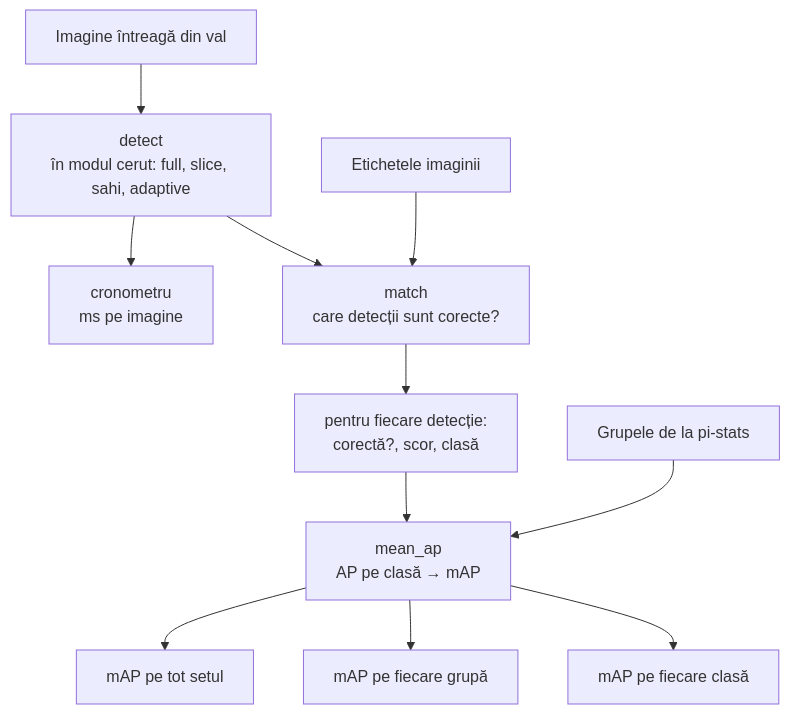
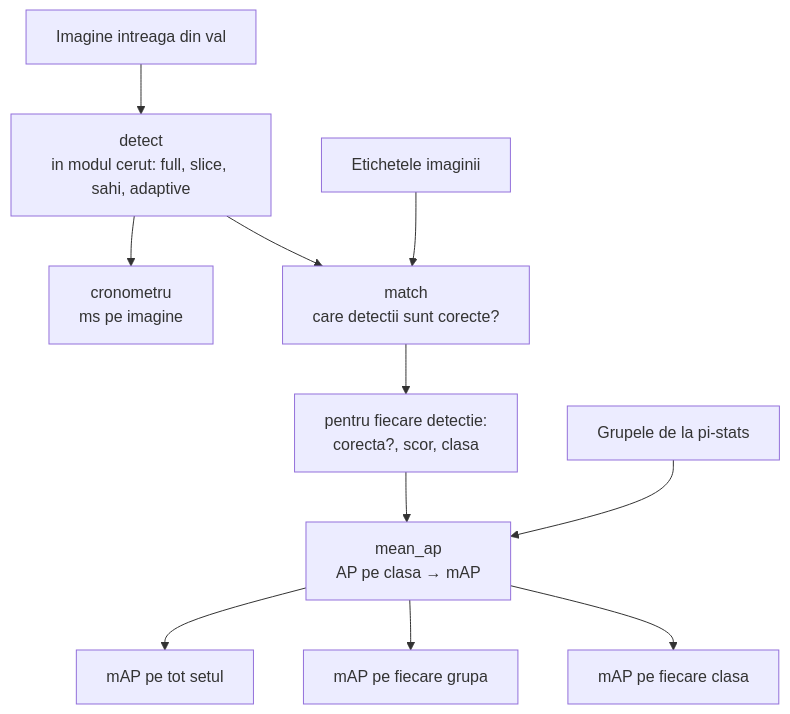
The diagram in docs/pipeline/08-evaluarea.md (zaha27/pi-p), drawn with Mermaid before and after one commit. The commit also changed other lines of this file and 57 other files, not shown here.

````diff
--- a/docs/pipeline/08-evaluarea.md
+++ b/docs/pipeline/08-evaluarea.md
@@ -19,18 +19,18 @@
 ```mermaid
 flowchart TB
-    I["Imagine întreagă din val"] --> D["detect
-în modul cerut: full, slice, sahi, adaptive"]
+    I["Imagine intreaga din val"] --> D["detect
+in modul cerut: full, slice, sahi, adaptive"]
     D --> T["cronometru
 ms pe imagine"]
     D --> M["match
-care detecții sunt corecte?"]
+care detectii sunt corecte?"]
     L["Etichetele imaginii"] --> M
-    M --> A["pentru fiecare detecție:
-corectă?, scor, clasă"]
+    M --> A["pentru fiecare detectie:
+corecta?, scor, clasa"]
     A --> S["mean_ap
-AP pe clasă → mAP"]
+AP pe clasa → mAP"]
     G["Grupele de la pi-stats"] --> S
     S --> R1["mAP pe tot setul"]
-    S --> R2["mAP pe fiecare grupă"]
-    S --> R3["mAP pe fiecare clasă"]
+    S --> R2["mAP pe fiecare grupa"]
+    S --> R3["mAP pe fiecare clasa"]
 ```
````
